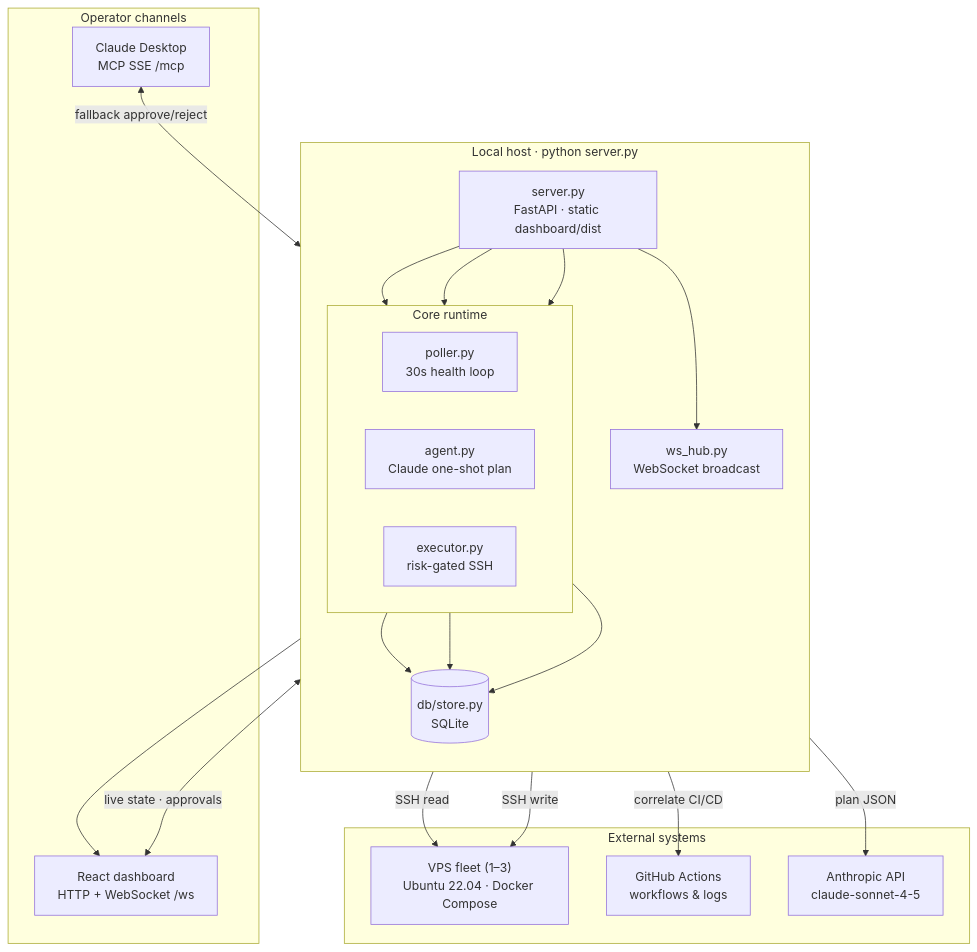
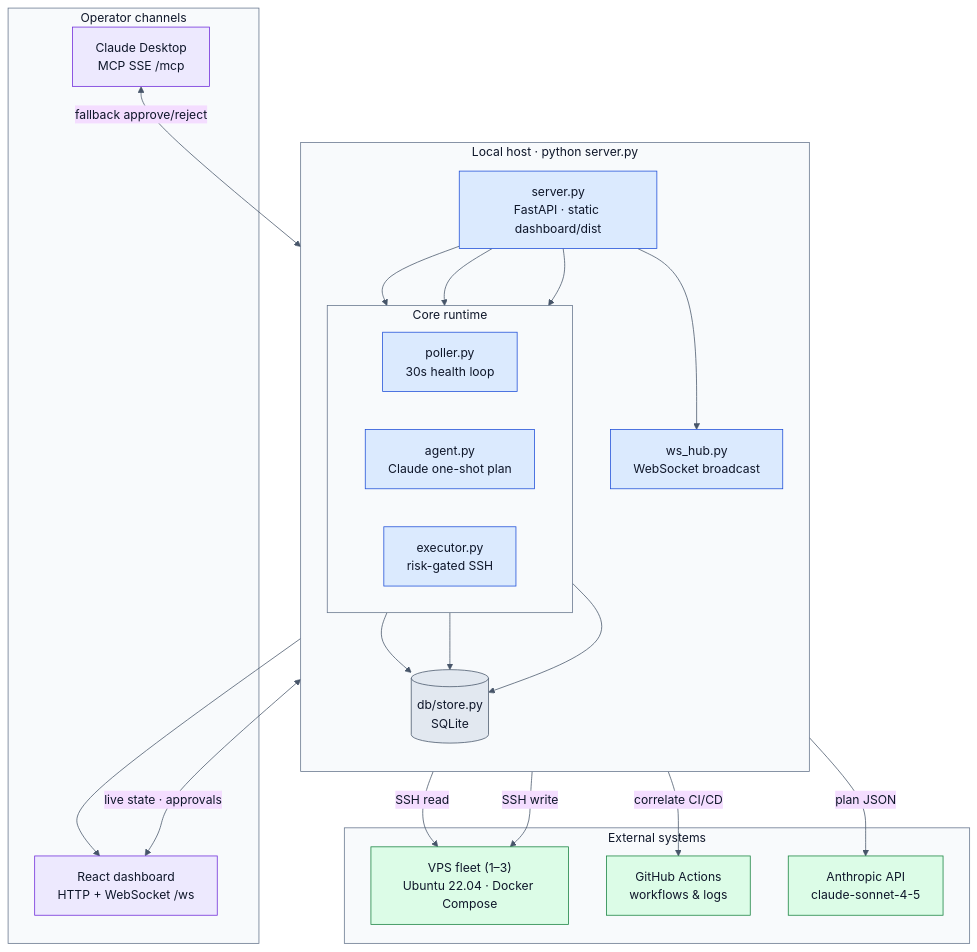
The second of 12 diagrams in README.md (NevilPatel01/devops-mcp), drawn with Mermaid before and after one commit. The commit also changed other lines of this file and 34 other files, not shown here.

````diff
--- a/README.md
+++ b/README.md
@@ -37,44 +101,54 @@
 ```mermaid
+%%{init: {'theme':'base', 'themeVariables': {'primaryTextColor':'#0f172a','secondaryTextColor':'#0f172a','tertiaryTextColor':'#0f172a','lineColor':'#475569','textColor':'#0f172a','clusterBkg':'#f8fafc','clusterBorder':'#64748b','titleColor':'#0f172a'}}}%%
 flowchart TB
   subgraph Clients["Operator channels"]
     Browser["React dashboard<br/>HTTP + WebSocket /ws"]
     ClaudeDesktop["Claude Desktop<br/>MCP SSE /mcp"]
   end
 
   subgraph Host["Local host · python server.py"]
     direction TB
     Entry["server.py<br/>FastAPI · static dashboard/dist"]
 
     subgraph Core["Core runtime"]
       direction LR
       Poller["poller.py<br/>30s health loop"]
       Agent["agent.py<br/>Claude one-shot plan"]
       Executor["executor.py<br/>risk-gated SSH"]
     end
 
     Hub["ws_hub.py<br/>WebSocket broadcast"]
     Store[("db/store.py<br/>SQLite")]
 
     Entry --> Hub
     Entry --> Poller
     Entry --> Agent
     Entry --> Executor
     Poller --> Store
     Agent --> Store
     Executor --> Store
     Hub --> Browser
   end
 
   subgraph Remote["External systems"]
     VPS["VPS fleet (1–3)<br/>Ubuntu 22.04 · Docker Compose"]
     GitHub["GitHub Actions<br/>workflows & logs"]
     Anthropic["Anthropic API<br/>claude-sonnet-4-5"]
   end
 
   Browser <-->|"live state · approvals"| Hub
   ClaudeDesktop <-->|"fallback approve/reject"| Entry
   Poller -->|"SSH read"| VPS
   Executor -->|"SSH write"| VPS
   Agent -->|"correlate CI/CD"| GitHub
   Agent -->|"plan JSON"| Anthropic
+
+  classDef client fill:#ede9fe,stroke:#6d28d9,color:#0f172a
+  classDef core fill:#dbeafe,stroke:#1d4ed8,color:#0f172a
+  classDef data fill:#e2e8f0,stroke:#475569,color:#0f172a
+  classDef remote fill:#dcfce7,stroke:#15803d,color:#0f172a
+  class Browser,ClaudeDesktop client
+  class Entry,Hub,Poller,Agent,Executor core
+  class Store data
+  class VPS,GitHub,Anthropic remote
 ```
````
